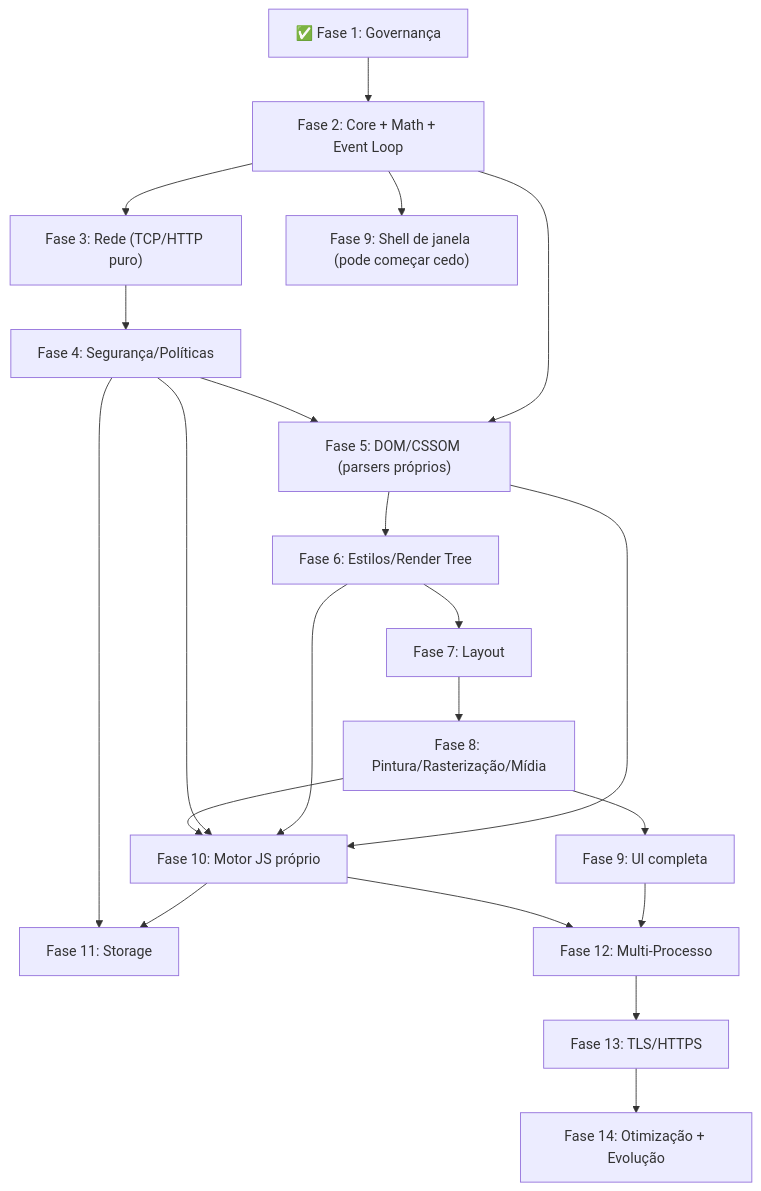
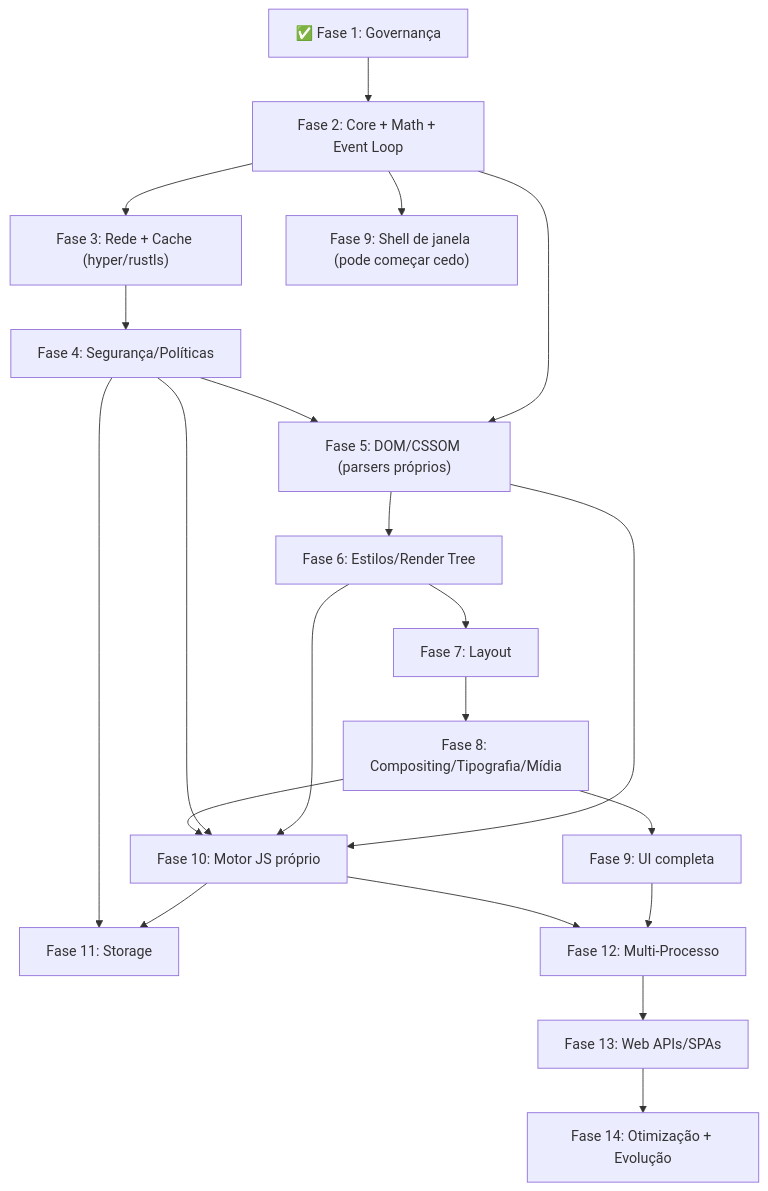
One commit to Alekkzsx/Albedo-Browser changed the diagram in PLANO.md. Above: the diagram before and after it, drawn with Mermaid. The commit also changed other lines of this file and 3 other files, not shown here.

````diff
--- a/PLANO.md
+++ b/PLANO.md
@@ -952,23 +702,23 @@
 ```mermaid
 graph TD
-    F1["✅ Fase 1: Governança"] --> F2["Fase 2: Core + Math + Event Loop"]
-    F2 --> F3["Fase 3: Rede (TCP/HTTP puro)"]
-    F2 --> F5["Fase 5: DOM/CSSOM (parsers próprios)"]
-    F2 --> F9s["Fase 9: Shell de janela (pode começar cedo)"]
-    F3 --> F4["Fase 4: Segurança/Políticas"]
-    F4 --> F5
-    F5 --> F6["Fase 6: Estilos/Render Tree"]
-    F6 --> F7["Fase 7: Layout"]
-    F7 --> F8["Fase 8: Pintura/Rasterização/Mídia"]
-    F8 --> F9["Fase 9: UI completa"]
-    F5 --> F10["Fase 10: Motor JS próprio"]
-    F6 --> F10
-    F4 --> F10
-    F8 --> F10
-    F10 --> F11["Fase 11: Storage"]
-    F4 --> F11
-    F9 --> F12["Fase 12: Multi-Processo"]
-    F10 --> F12
-    F12 --> F13["Fase 13: TLS/HTTPS"]
-    F13 --> F14["Fase 14: Otimização + Evolução"]
+     F1["✅ Fase 1: Governança"] --> F2["Fase 2: Core + Math + Event Loop"]
+     F2 --> F3["Fase 3: Rede + Cache (hyper/rustls)"]
+     F2 --> F5["Fase 5: DOM/CSSOM (parsers próprios)"]
+     F2 --> F9s["Fase 9: Shell de janela (pode começar cedo)"]
+     F3 --> F4["Fase 4: Segurança/Políticas"]
+     F4 --> F5
+     F5 --> F6["Fase 6: Estilos/Render Tree"]
+     F6 --> F7["Fase 7: Layout"]
+     F7 --> F8["Fase 8: Compositing/Tipografia/Mídia"]
+     F8 --> F9["Fase 9: UI completa"]
+     F5 --> F10["Fase 10: Motor JS próprio"]
+     F6 --> F10
+     F4 --> F10
+     F8 --> F10
+     F10 --> F11["Fase 11: Storage"]
+     F4 --> F11
+     F9 --> F12["Fase 12: Multi-Processo"]
+     F10 --> F12
+     F12 --> F13["Fase 13: Web APIs/SPAs"]
+     F13 --> F14["Fase 14: Otimização + Evolução"]
 ```
````
